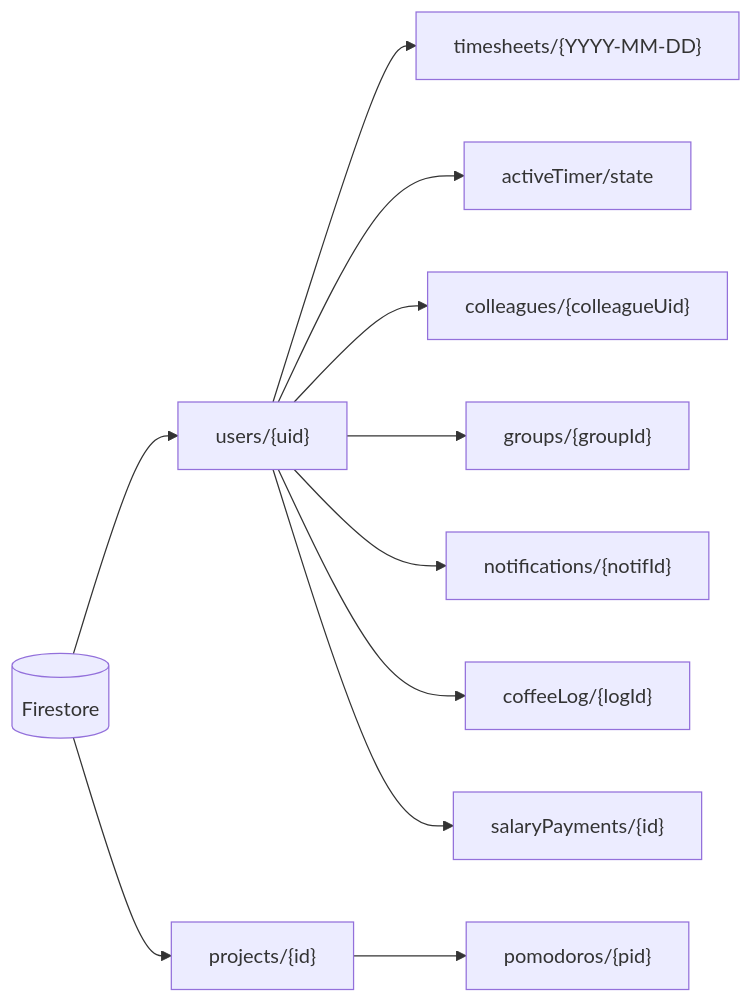
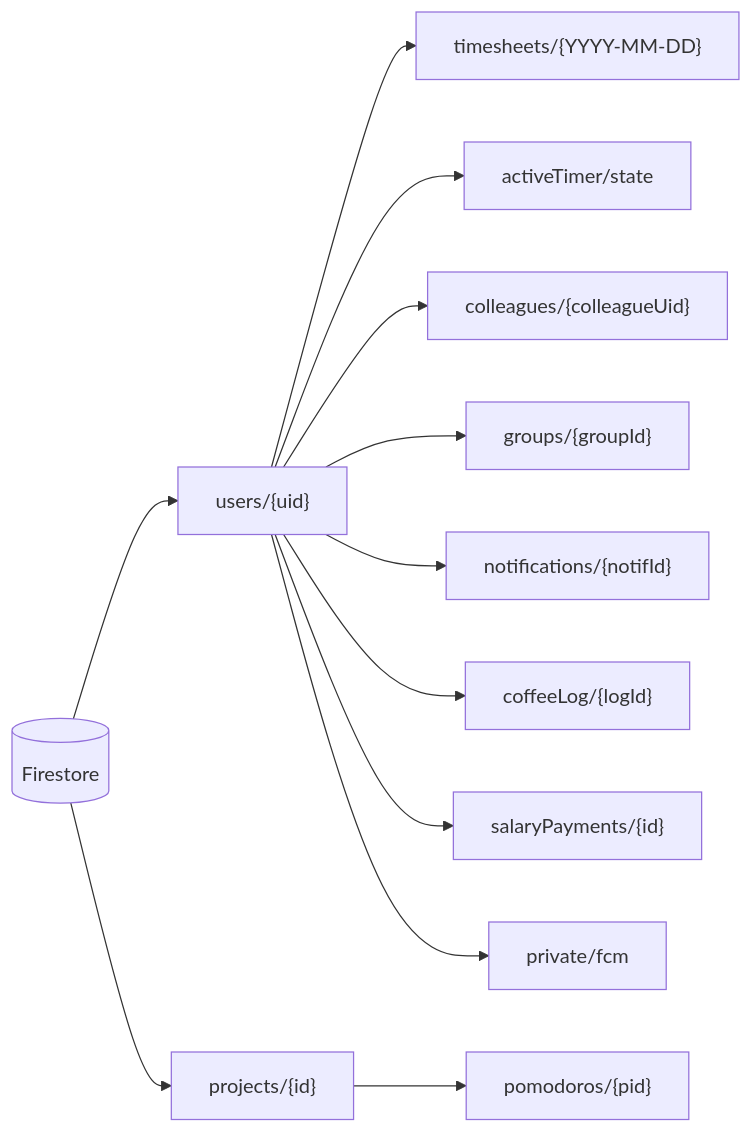
The diagram in docs/architettura/persistence.md (marcocipriani/chigio_time), drawn with Mermaid before and after one commit. The commit also changed other lines of this file and 11 other files, not shown here.

Commit message:
docs: document inbox-first notification architecture

````diff
--- a/docs/architettura/persistence.md
+++ b/docs/architettura/persistence.md
@@ -25,13 +25,14 @@
 ```mermaid
 flowchart LR
     R[(Firestore)] --> U["users/{uid}"]
     U --> TS["timesheets/{YYYY-MM-DD}"]
     U --> AT["activeTimer/state"]
     U --> COL["colleagues/{colleagueUid}"]
     U --> GRP["groups/{groupId}"]
     U --> NOT["notifications/{notifId}"]
     U --> LOG["coffeeLog/{logId}"]
     U --> SAL["salaryPayments/{id}"]
+    U --> PRIV["private/fcm"]
     R --> PRJ["projects/{id}"]
     PRJ --> POM["pomodoros/{pid}"]
 ```
````
